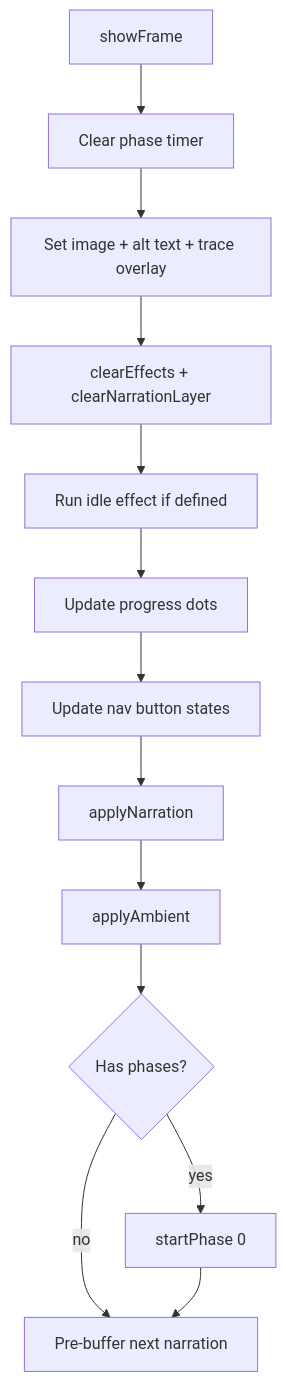
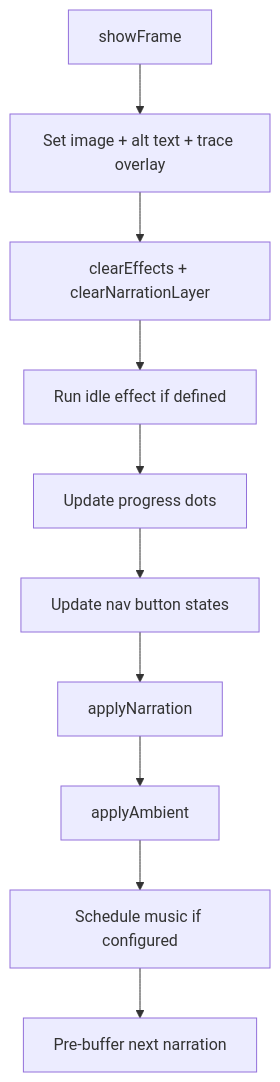
One commit to anchildress1/carbon-trace changed the third of 4 diagrams in docs/architecture.md. Above: the diagram before and after it, drawn with Mermaid. The commit also changed other lines of this file and 1 other file, not shown here.

First line of the commit message:
docs: align architecture and audio docs with current codebase

````diff
--- a/docs/architecture.md
+++ b/docs/architecture.md
@@ -46,15 +46,12 @@
 ```mermaid
 flowchart TD
-    A[showFrame] --> B[Clear phase timer]
-    B --> C[Set image + alt text + trace overlay]
+    A[showFrame] --> C[Set image + alt text + trace overlay]
     C --> D[clearEffects + clearNarrationLayer]
     D --> E[Run idle effect if defined]
     E --> F[Update progress dots]
     F --> G[Update nav button states]
     G --> H[applyNarration]
     H --> I[applyAmbient]
-    I --> J{Has phases?}
-    J -- yes --> K[startPhase 0]
-    J -- no --> L[Pre-buffer next narration]
-    K --> L
+    I --> J[Schedule music if configured]
+    J --> L[Pre-buffer next narration]
 ```
````
